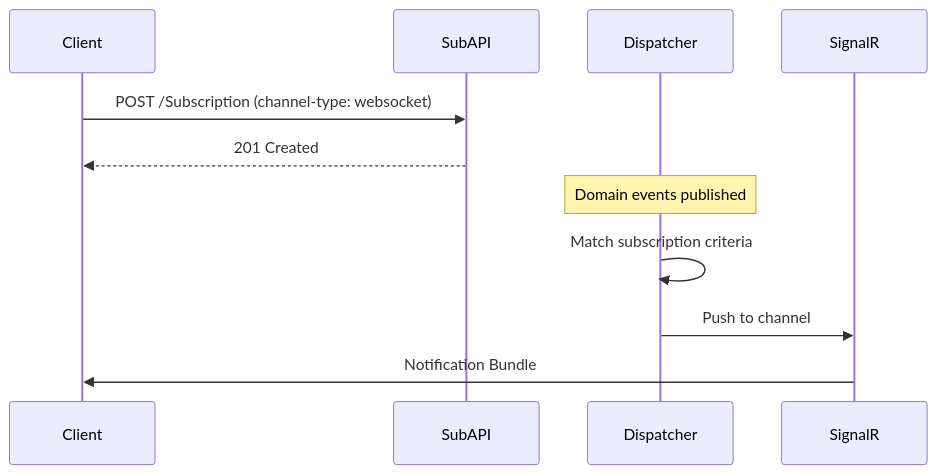
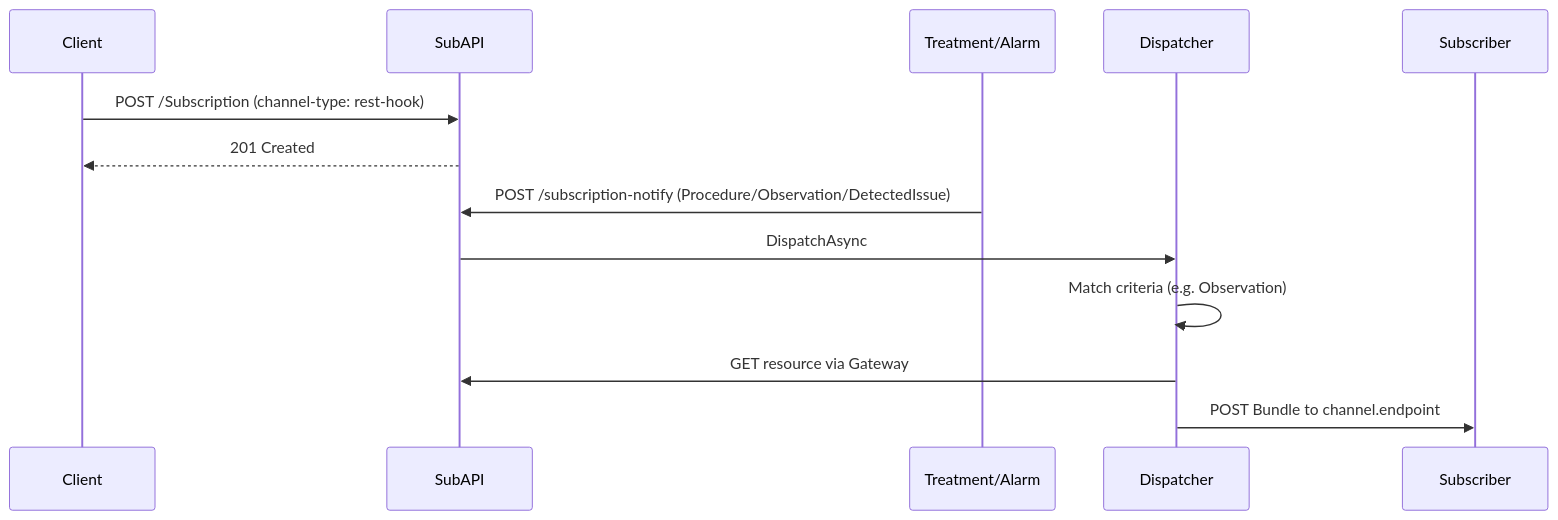
Before and after one commit to Ahmed-Shehzad/Dialysis: the third of 5 diagrams in docs/FHIR-AND-DOMAIN-FEATURES-PLAN.md, drawn with Mermaid. The commit also changed other lines of this file and 9 other files, not shown here.

Commit message:
Add FHIR export route to appsettings and introduce development settings for Cds, Fhir, and Reports services. Refactor SubscriptionDispatcher for improved subscription matching and notification handling. Update documentation to reflect implemented features and service architecture.

````diff
--- a/docs/FHIR-AND-DOMAIN-FEATURES-PLAN.md
+++ b/docs/FHIR-AND-DOMAIN-FEATURES-PLAN.md
@@ -123,14 +125,16 @@
 ```mermaid
 sequenceDiagram
     participant Client
     participant SubAPI
+    participant Treatment as Treatment/Alarm
     participant Dispatcher
-    participant SignalR
+    participant Subscriber
 
-    Client->>SubAPI: POST /Subscription (channel-type: websocket)
+    Client->>SubAPI: POST /Subscription (channel-type: rest-hook)
     SubAPI-->>Client: 201 Created
-    Note over Dispatcher: Domain events published
-    Dispatcher->>Dispatcher: Match subscription criteria
-    Dispatcher->>SignalR: Push to channel
-    SignalR->>Client: Notification Bundle
+    Treatment->>SubAPI: POST /subscription-notify (Procedure/Observation/DetectedIssue)
+    SubAPI->>Dispatcher: DispatchAsync
+    Dispatcher->>Dispatcher: Match criteria (e.g. Observation)
+    Dispatcher->>SubAPI: GET resource via Gateway
+    Dispatcher->>Subscriber: POST Bundle to channel.endpoint
 ```
````
